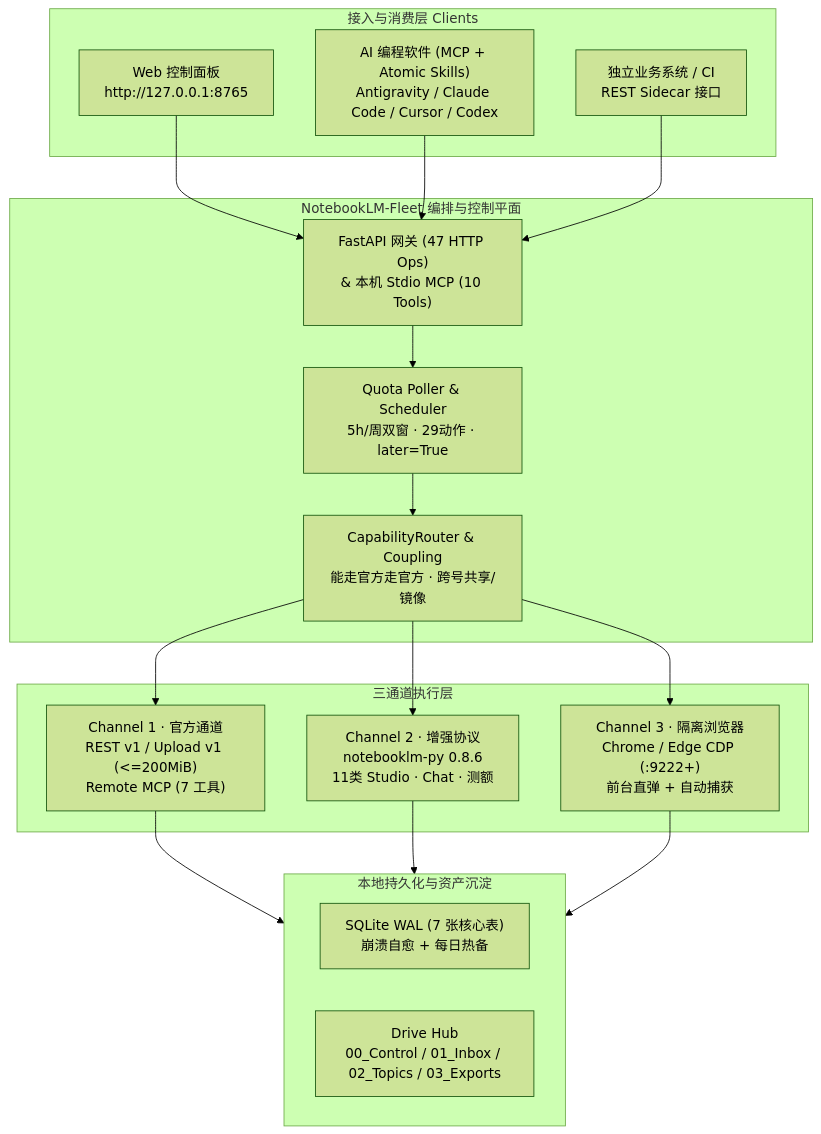
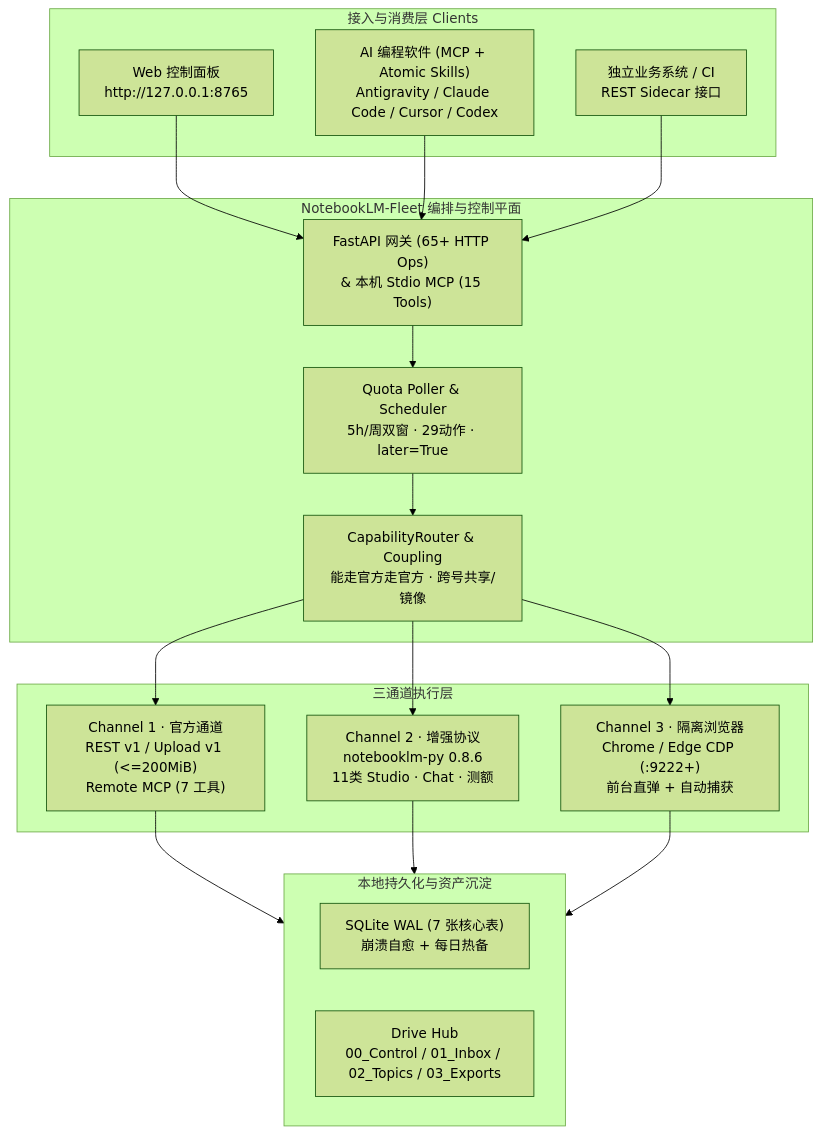
The diagram in README.md (wangsiyi7/NotebookLM-Fleet), drawn with Mermaid (forest theme) before and after one commit. The commit also changed other lines of this file and 26 other files, not shown here.

````diff
--- a/README.md
+++ b/README.md
@@ -44,36 +47,36 @@
 ```mermaid
 flowchart TB
     subgraph Clients["接入与消费层 Clients"]
         WebUI["Web 控制面板<br/>http://127.0.0.1:8765"]
         AIIDE["AI 编程软件 (MCP + Atomic Skills)<br/>Antigravity / Claude Code / Cursor / Codex"]
         ExtApp["独立业务系统 / CI<br/>REST Sidecar 接口"]
     end
 
     subgraph Control["NotebookLM-Fleet 编排与控制平面"]
-        API["FastAPI 网关 (47 HTTP Ops)<br/>& 本机 Stdio MCP (10 Tools)"]
+        API["FastAPI 网关 (65+ HTTP Ops)<br/>& 本机 Stdio MCP (15 Tools)"]
         Sched["Quota Poller & Scheduler<br/>5h/周双窗 · 29动作 · later=True"]
         Router["CapabilityRouter & Coupling<br/>能走官方走官方 · 跨号共享/镜像"]
     end
 
     subgraph Channels["三通道执行层"]
         Ch1["Channel 1 · 官方通道<br/>REST v1 / Upload v1 (<=200MiB)<br/>Remote MCP (7 工具)"]
         Ch2["Channel 2 · 增强协议<br/>notebooklm-py 0.8.6<br/>11类 Studio · Chat · 测额"]
         Ch3["Channel 3 · 隔离浏览器<br/>Chrome / Edge CDP (:9222+)<br/>前台直弹 + 自动捕获"]
     end
 
     subgraph Store["本地持久化与资产沉淀"]
         DB["SQLite WAL (7 张核心表)<br/>崩溃自愈 + 每日热备"]
         Hub["Drive Hub<br/>00_Control / 01_Inbox / 02_Topics / 03_Exports"]
     end
 
     WebUI --> API
     AIIDE --> API
     ExtApp --> API
     API --> Sched --> Router
     Router --> Ch1
     Router --> Ch2
     Router --> Ch3
     Ch1 --> Store
     Ch2 --> Store
     Ch3 --> Store
 ```
````
